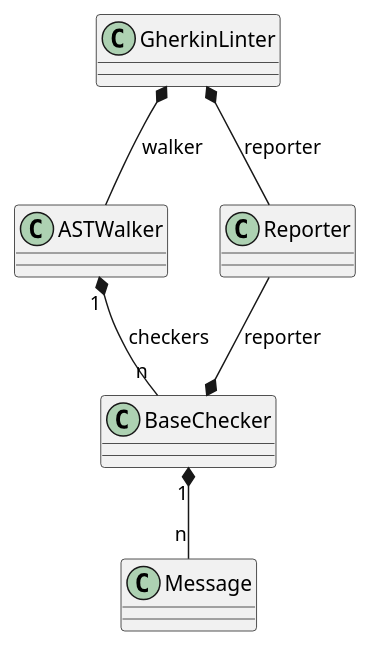
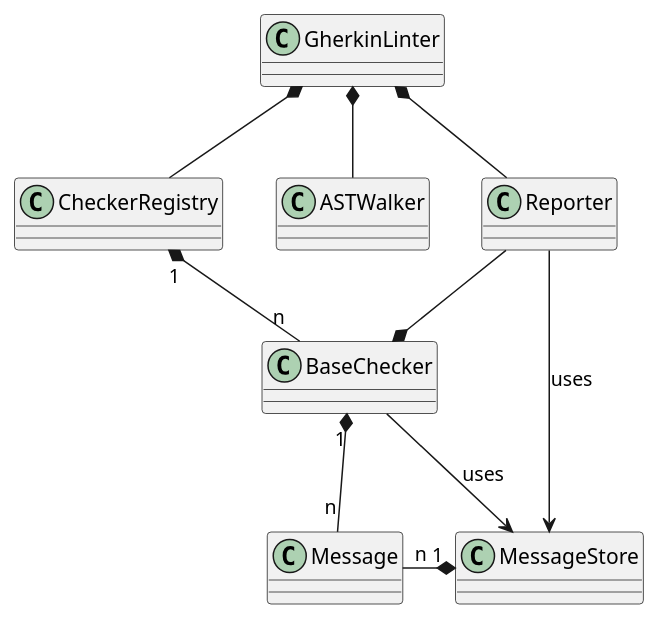
The first of 5 diagrams in docs/technical_reference/architecture.rst (DudeNr33/gherlint), drawn with PlantUML before and after one commit. The commit also changed other lines of this file, not shown here.

Commit message:
Update architecture description

```diff
--- a/docs/technical_reference/architecture.rst
+++ b/docs/technical_reference/architecture.rst
@@ -19,19 +18,19 @@
 .. uml::
     :caption: Static Representation
 
-    set namespaceSeparator none
-    class "ASTWalker" as gherlint.walker.ASTWalker {
-    }
-    class "BaseChecker" as gherlint.checkers.base_checker.BaseChecker {
-    }
-    class "GherkinLinter" as gherlint.linter.GherkinLinter {
-    }
-    class "Message" as gherlint.reporting.Message {
-    }
-    class "Reporter" as gherlint.reporting.Reporter {
-    }
-    gherlint.reporting.Reporter -up-* gherlint.linter.GherkinLinter : reporter
-    gherlint.walker.ASTWalker -up-* gherlint.linter.GherkinLinter : walker
-    gherlint.reporting.Reporter --* gherlint.checkers.base_checker.BaseChecker : reporter
-    gherlint.walker.ASTWalker "1" *-- "n" gherlint.checkers.base_checker.BaseChecker: checkers
-    gherlint.checkers.base_checker.BaseChecker "1" *-- "n" gherlint.reporting.Message
+    class CheckerRegistry {}
+    class ASTWalker {}
+    class BaseChecker {}
+    class GherkinLinter {}
+    class Message {}
+    class MessageStore {}
+    class Reporter {}
+    Reporter -up-* GherkinLinter
+    ASTWalker -up-* GherkinLinter
+    Reporter --* BaseChecker
+    BaseChecker "1" *-- "n" Message
+    MessageStore "1" *-left- "n" Message
+    BaseChecker --> MessageStore : uses
+    Reporter --> MessageStore : uses
+    GherkinLinter *-- CheckerRegistry
+    CheckerRegistry "1" *-- "n" BaseChecker
```
